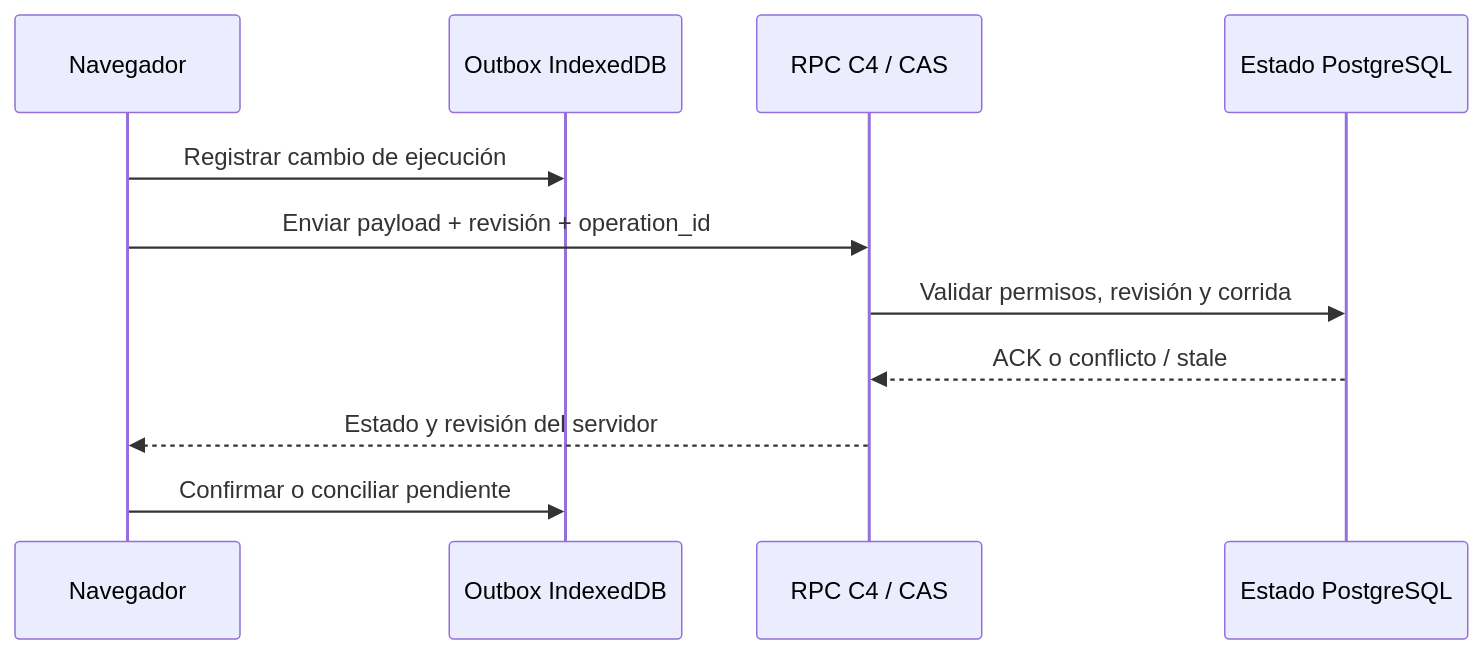
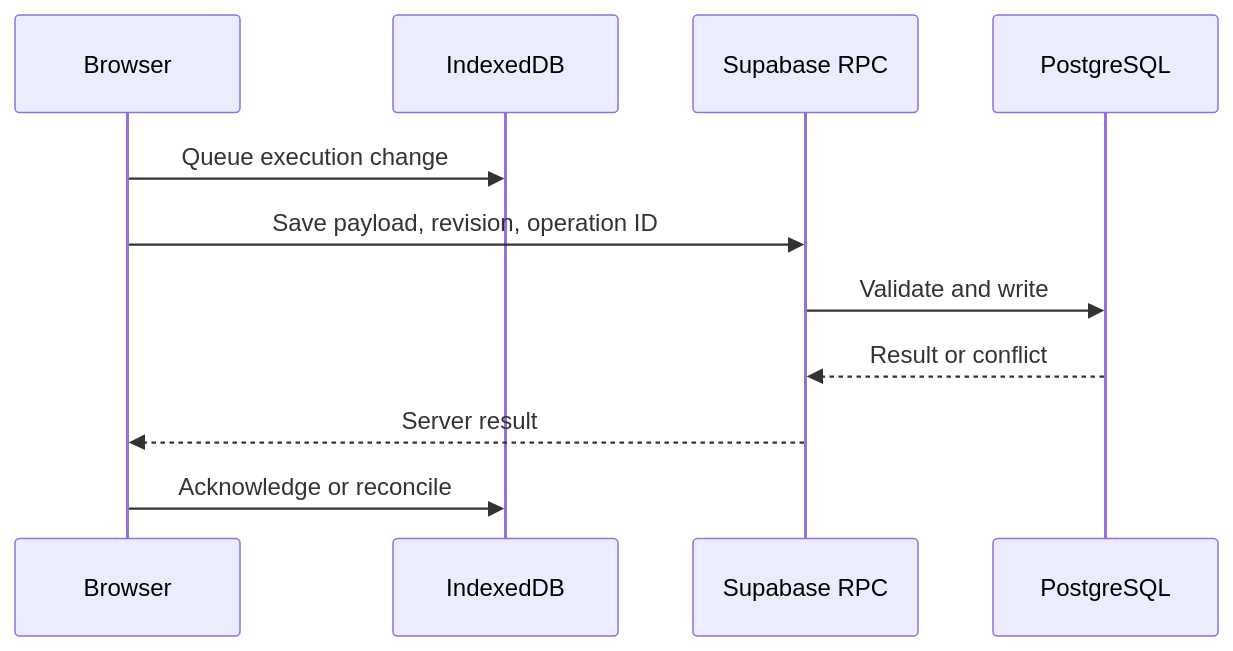
Before and after one commit to juansecorreapaez/RigGo: the second of 2 diagrams in docs/ARCHITECTURE.md, drawn with Mermaid. The commit also changed other lines of this file and 20 other files, not shown here.

````diff
--- a/docs/ARCHITECTURE.md
+++ b/docs/ARCHITECTURE.md
@@ -34,13 +32,13 @@
 ```mermaid
 sequenceDiagram
-  participant B as Navegador
-  participant Q as Outbox IndexedDB
-  participant R as RPC C4 / CAS
-  participant D as Estado PostgreSQL
-  B->>Q: Registrar cambio de ejecución
-  B->>R: Enviar payload + revisión + operation_id
-  R->>D: Validar permisos, revisión y corrida
-  D-->>R: ACK o conflicto / stale
-  R-->>B: Estado y revisión del servidor
-  B->>Q: Confirmar o conciliar pendiente
+  participant B as Browser
+  participant Q as IndexedDB
+  participant R as Supabase RPC
+  participant D as PostgreSQL
+  B->>Q: Queue execution change
+  B->>R: Save payload, revision, operation ID
+  R->>D: Validate and write
+  D-->>R: Result or conflict
+  R-->>B: Server result
+  B->>Q: Acknowledge or reconcile
 ```
````
